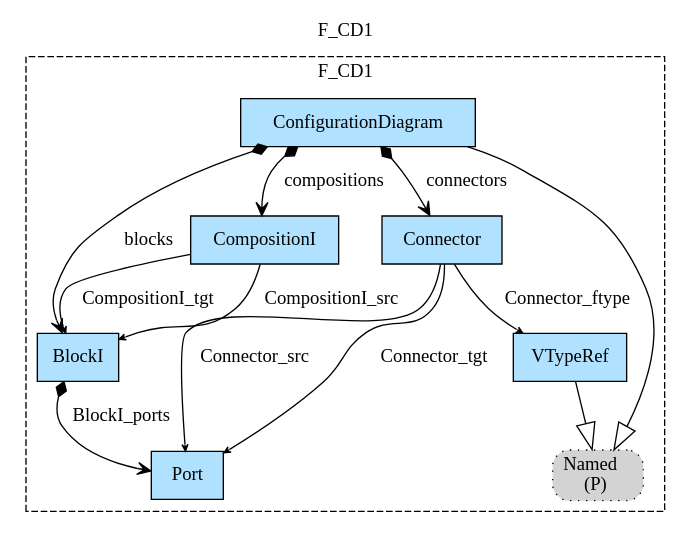
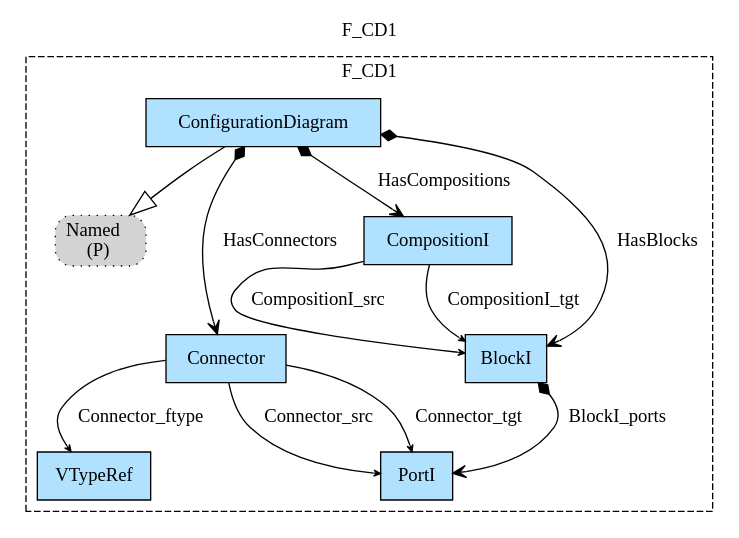
The diagram in Haskell/IntoSysML/MM/img/F_CD1.gv (namalio/Fragmenta), drawn with Graphviz before and after one commit. The commit also changed 129 other files, not shown here.

```diff
--- a/Haskell/IntoSysML/MM/img/F_CD1.gv
+++ b/Haskell/IntoSysML/MM/img/F_CD1.gv
@@ -1,25 +1,24 @@
 digraph {graph[label=F_CD1,labelloc=tl,labelfontsize=12];
 subgraph cluster_F_CD1{style=dashed;label=F_CD1;
+"PNamed"[shape=box,fillcolor=lightgray,style ="rounded,filled,dotted",label=<Named<br/>(P)>];
 "ConfigurationDiagram"[shape=record,fillcolor=lightskyblue1,style = filled,label="ConfigurationDiagram"];
 "Connector"[shape=record,fillcolor=lightskyblue1,style = filled,label="Connector"];
-"Port"[shape=record,fillcolor=lightskyblue1,style = filled,label="Port"];
+"VTypeRef"[shape=record,fillcolor=lightskyblue1,style = filled,label="VTypeRef"];
+"PortI"[shape=record,fillcolor=lightskyblue1,style = filled,label="PortI"];
 "CompositionI"[shape=record,fillcolor=lightskyblue1,style = filled,label="CompositionI"];
 "BlockI"[shape=record,fillcolor=lightskyblue1,style = filled,label="BlockI"];
-"VTypeRef"[shape=record,fillcolor=lightskyblue1,style = filled,label="VTypeRef"];
-"PNamed"[shape=box,fillcolor=lightgray,style ="rounded,filled,dotted",label=<Named<br/>(P)>];
 
 "ConfigurationDiagram"->"PNamed"[arrowhead=onormal,arrowsize=2.0];
-"ConfigurationDiagram"->"CompositionI"[label="compositions",arrowhead=vee,arrowtail=diamond,dir=both,headlabel=""];
-"ConfigurationDiagram"->"BlockI"[label="blocks",arrowhead=vee,arrowtail=diamond,dir=both,headlabel=""];
-"ConfigurationDiagram"->"Connector"[label="connectors",arrowhead=vee,arrowtail=diamond,dir=both,headlabel=""];
-"Connector"->"Port"[label="Connector_src",arrowhead=vee,headlabel="",arrowsize=.5];
-"Connector"->"Port"[label="Connector_tgt",arrowhead=vee,headlabel="",arrowsize=.5];
+"ConfigurationDiagram"->"CompositionI"[label="HasCompositions",arrowhead=vee,arrowtail=diamond,dir=both,headlabel=""];
+"ConfigurationDiagram"->"BlockI"[label="HasBlocks",arrowhead=vee,arrowtail=diamond,dir=both,headlabel=""];
+"ConfigurationDiagram"->"Connector"[label="HasConnectors",arrowhead=vee,arrowtail=diamond,dir=both,headlabel=""];
+"Connector"->"PortI"[label="Connector_src",arrowhead=vee,headlabel="",arrowsize=.5];
+"Connector"->"PortI"[label="Connector_tgt",arrowhead=vee,headlabel="",arrowsize=.5];
 "Connector"->"VTypeRef"[label="Connector_ftype",arrowhead=vee,headlabel="",arrowsize=.5];
-"BlockI"->"Port"[label="BlockI_ports",arrowhead=vee,arrowtail=diamond,dir=both,headlabel=""];
+"BlockI"->"PortI"[label="BlockI_ports",arrowhead=vee,arrowtail=diamond,dir=both,headlabel=""];
 "CompositionI"->"BlockI"[label="CompositionI_src",arrowhead=vee,headlabel="",arrowsize=.5];
 "CompositionI"->"BlockI"[label="CompositionI_tgt",arrowhead=vee,headlabel="",arrowsize=.5];
-"VTypeRef"->"PNamed"[arrowhead=onormal,arrowsize=2.0];
 
 }
 
 }
```
